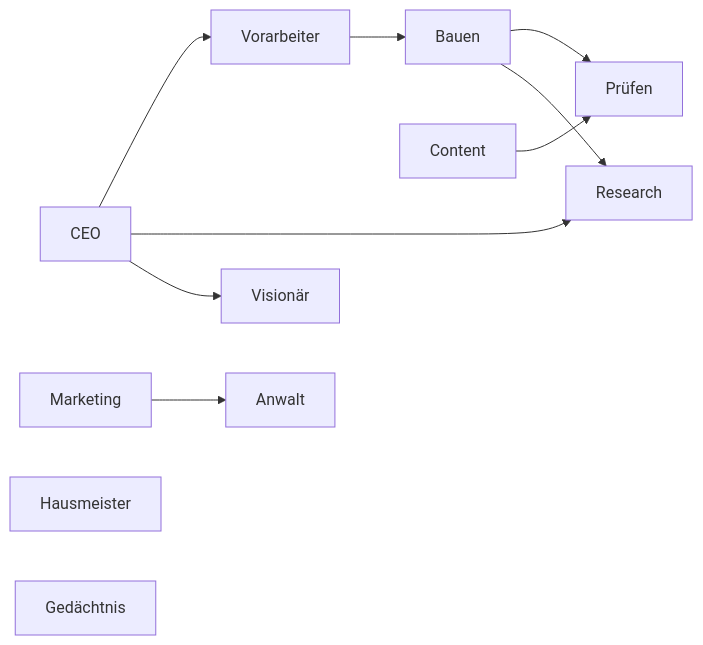
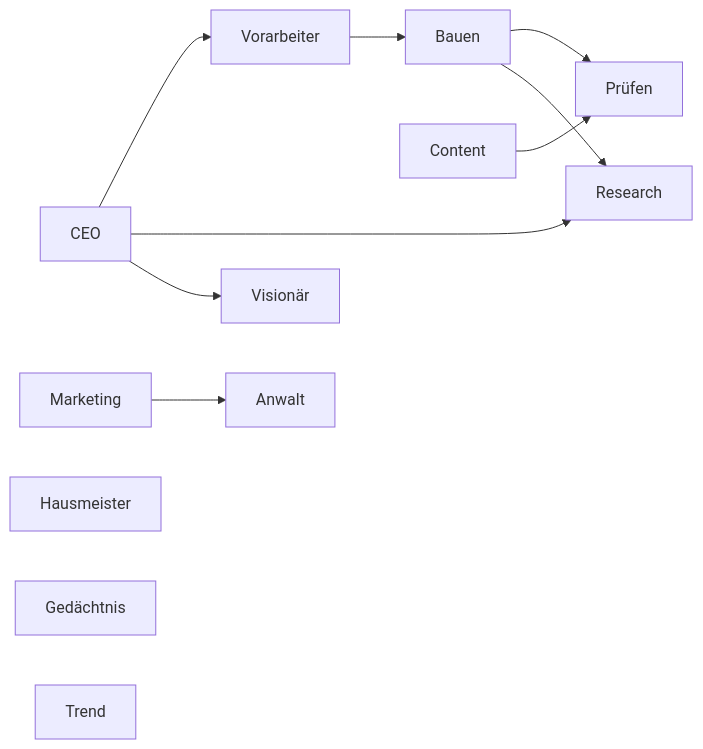
One commit to siinanXD/Leitstand changed the diagram in docs/ABLAUF.md. Above: the diagram before and after it, drawn with Mermaid. The commit also changed other lines of this file and 17 other files, not shown here.

````diff
--- a/docs/ABLAUF.md
+++ b/docs/ABLAUF.md
@@ -5,22 +5,23 @@
 ```mermaid
 flowchart LR
   ceo["CEO"]
   visionaer["Visionär"]
   vorarbeiter["Vorarbeiter"]
   research["Research"]
   bauen["Bauen"]
   pruefen["Prüfen"]
   content["Content"]
   marketing["Marketing"]
   hausmeister["Hausmeister"]
   anwalt["Anwalt"]
   gedaechtnis["Gedächtnis"]
+  trend["Trend"]
   ceo --> vorarbeiter
   ceo --> research
   ceo --> visionaer
   vorarbeiter --> bauen
   bauen --> pruefen
   bauen --> research
   content --> pruefen
   marketing --> anwalt
 ```
````
